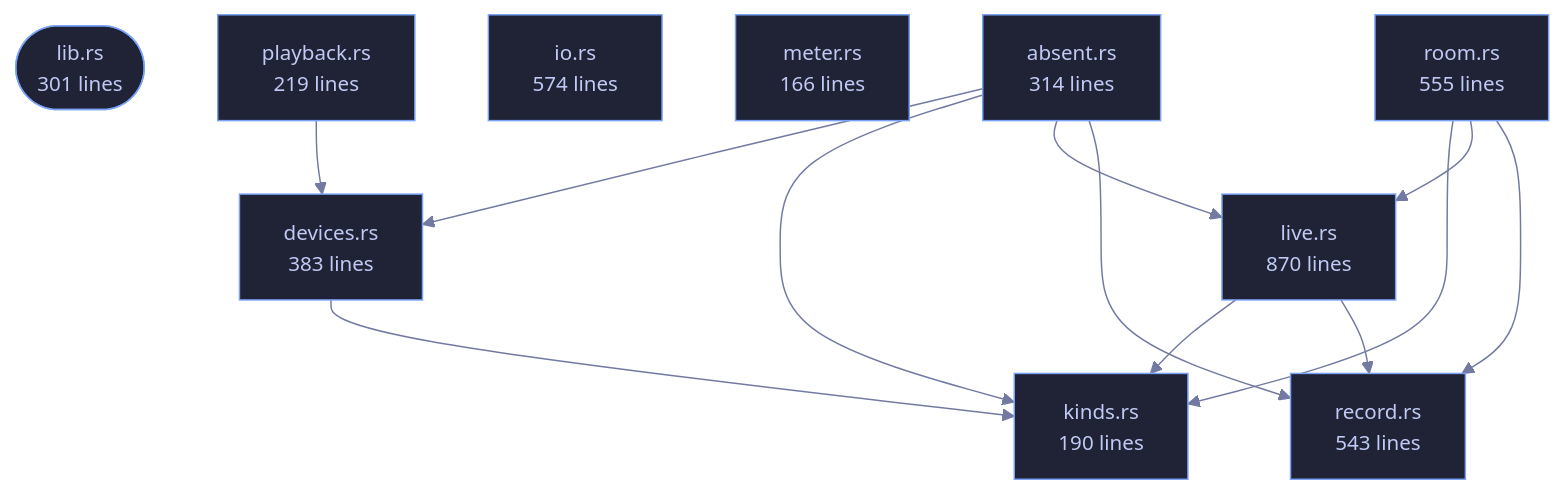
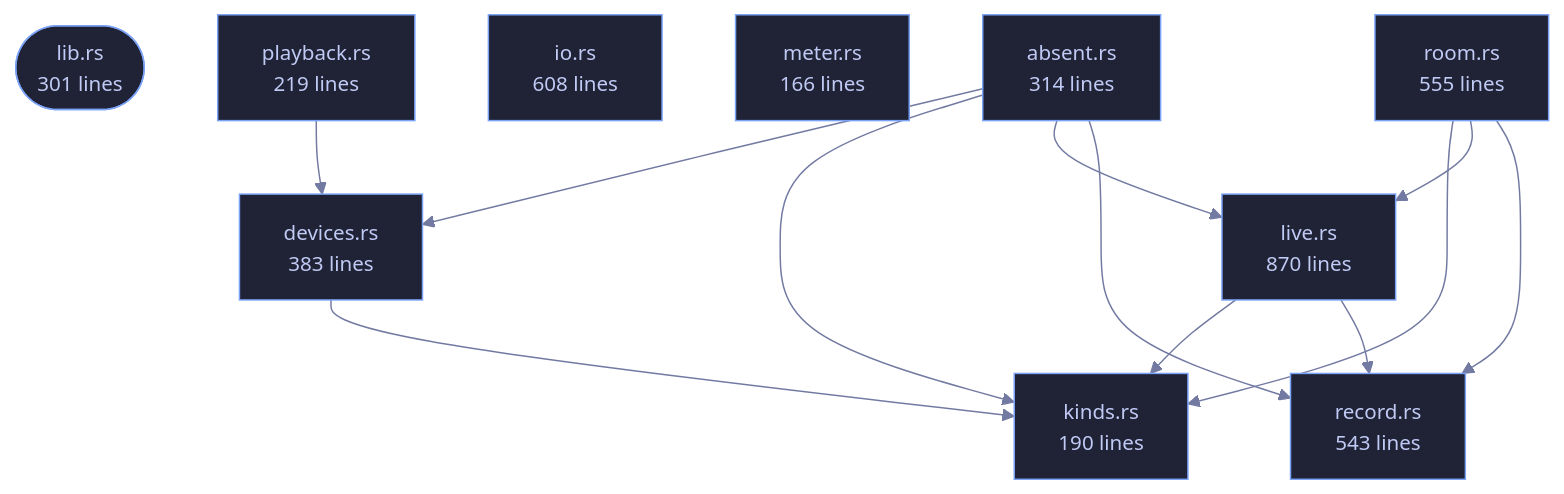
Before and after one commit to tilas01/veilvoice: the diagram in crates/veilvoice-audio/README.md, drawn with Mermaid. The commit also changed other lines of this file and 82 other files, not shown here.

````diff
--- a/crates/veilvoice-audio/README.md
+++ b/crates/veilvoice-audio/README.md
@@ -80,35 +80,35 @@
 ```mermaid
 %%{init: {"theme":"base","themeVariables":{"background":"#1a1b26","primaryColor":"#1f2335","primaryTextColor":"#c0caf5","primaryBorderColor":"#7aa2f7","secondaryColor":"#16161e","tertiaryColor":"#16161e","lineColor":"#737aa2","textColor":"#c0caf5","mainBkg":"#1f2335","nodeBorder":"#7aa2f7","clusterBkg":"#16161e","clusterBorder":"#2f3549","fontFamily":"ui-monospace, SFMono-Regular, Consolas, monospace","fontSize":"14px"}}}%%
 flowchart TD
     n_lib(["lib.rs<br/>301 lines"])
     n_absent["absent.rs<br/>314 lines"]
     n_devices["devices.rs<br/>383 lines"]
-    n_io["io.rs<br/>574 lines"]
+    n_io["io.rs<br/>608 lines"]
     n_kinds["kinds.rs<br/>190 lines"]
     n_live["live.rs<br/>870 lines"]
     n_meter["meter.rs<br/>166 lines"]
     n_playback["playback.rs<br/>219 lines"]
     n_record["record.rs<br/>543 lines"]
     n_room["room.rs<br/>555 lines"]
     n_absent --> n_devices
     n_absent --> n_kinds
     n_absent --> n_live
     n_absent --> n_record
     n_devices --> n_kinds
     n_live --> n_kinds
     n_live --> n_record
     n_playback --> n_devices
     n_room --> n_kinds
     n_room --> n_live
     n_room --> n_record
     click n_lib href "https://github.com/tilas01/veilvoice/blob/main/crates/veilvoice-audio/src/lib.rs" "open the source"
     click n_absent href "https://github.com/tilas01/veilvoice/blob/main/crates/veilvoice-audio/src/absent.rs" "open the source"
     click n_devices href "https://github.com/tilas01/veilvoice/blob/main/crates/veilvoice-audio/src/devices.rs" "open the source"
     click n_io href "https://github.com/tilas01/veilvoice/blob/main/crates/veilvoice-audio/src/io.rs" "open the source"
     click n_kinds href "https://github.com/tilas01/veilvoice/blob/main/crates/veilvoice-audio/src/kinds.rs" "open the source"
     click n_live href "https://github.com/tilas01/veilvoice/blob/main/crates/veilvoice-audio/src/live.rs" "open the source"
     click n_meter href "https://github.com/tilas01/veilvoice/blob/main/crates/veilvoice-audio/src/meter.rs" "open the source"
     click n_playback href "https://github.com/tilas01/veilvoice/blob/main/crates/veilvoice-audio/src/playback.rs" "open the source"
     click n_record href "https://github.com/tilas01/veilvoice/blob/main/crates/veilvoice-audio/src/record.rs" "open the source"
     click n_room href "https://github.com/tilas01/veilvoice/blob/main/crates/veilvoice-audio/src/room.rs" "open the source"
 ```
````
